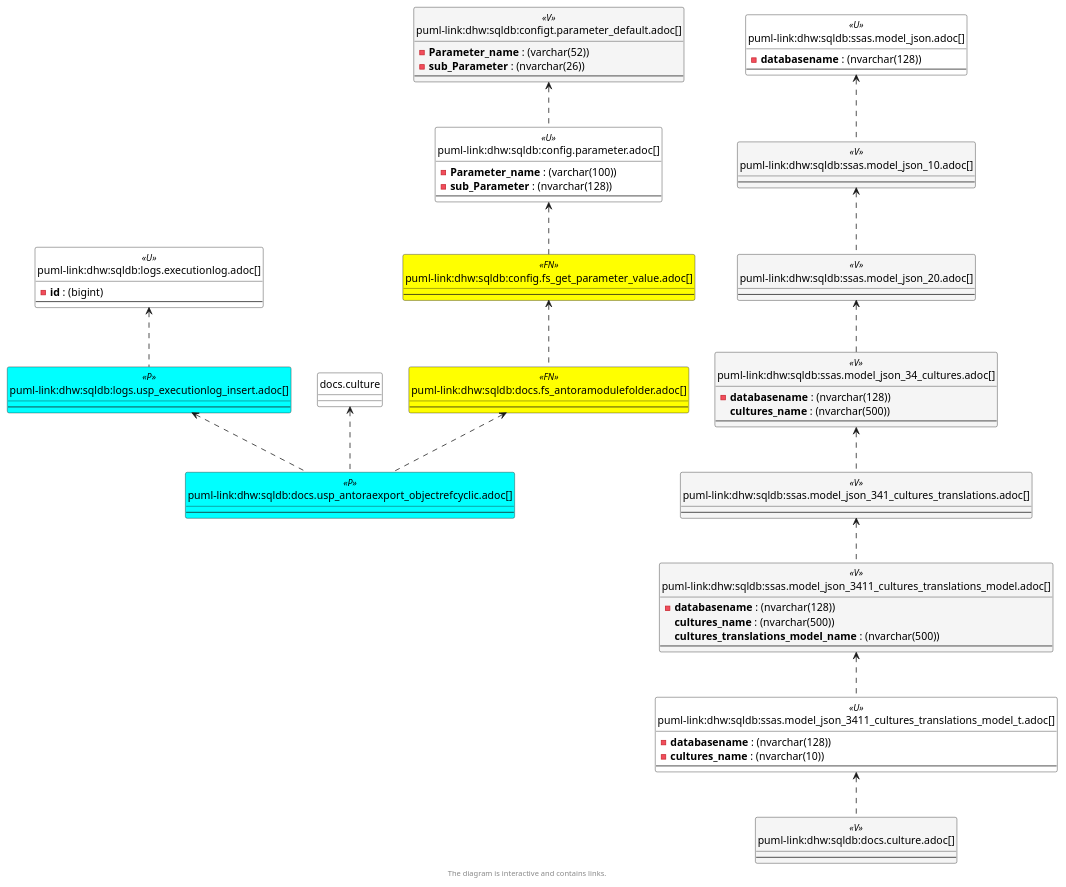
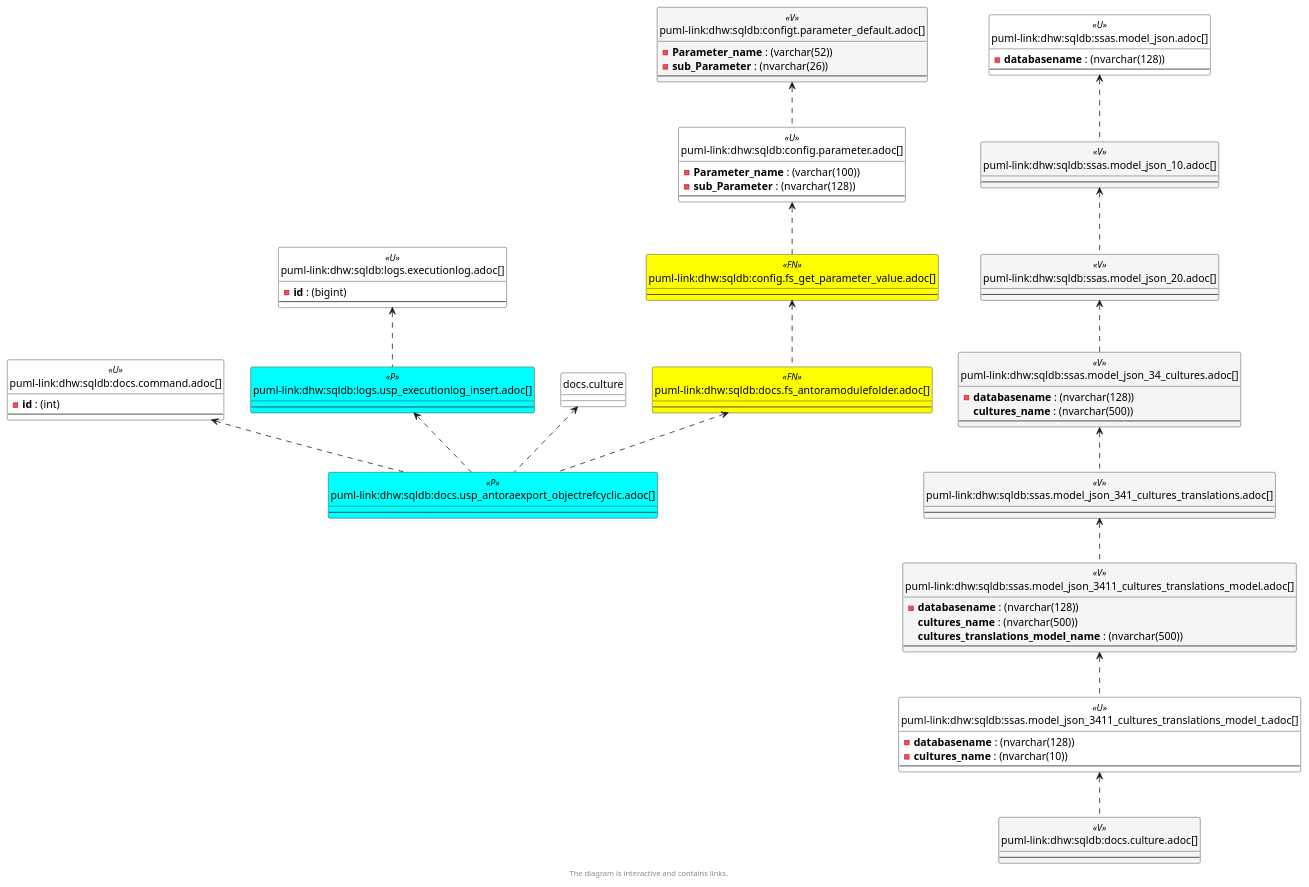
One commit to DataHandwerk/dhw-antora-sqldb changed the fourth of 6 diagrams in docs/modules/sqldb/partials/content/docs.usp_antoraexport_objectrefcyclic.adoc. Above: the diagram before and after it, drawn with PlantUML. The commit also changed other lines of this file and 701 other files, not shown here.

```diff
--- a/docs/modules/sqldb/partials/content/docs.usp_antoraexport_objectrefcyclic.adoc
+++ b/docs/modules/sqldb/partials/content/docs.usp_antoraexport_objectrefcyclic.adoc
@@ -753,6 +769,11 @@
 entity "puml-link:dhw:sqldb:configt.parameter_default.adoc[]" as configT.Parameter_default << V >> {
   - **Parameter_name** : (varchar(52))
   - **sub_Parameter** : (nvarchar(26))
+  --
+}
+
+entity "puml-link:dhw:sqldb:docs.command.adoc[]" as docs.command << U >> {
+  - **id** : (int)
   --
 }
 
@@ -816,6 +837,7 @@
 config.fs_get_parameter_value <.. docs.fs_AntoraModuleFolder
 config.Parameter <.. config.fs_get_parameter_value
 configT.Parameter_default <.. config.Parameter
+docs.command <.. docs.usp_AntoraExport_ObjectRefCyclic
 docs.culture <.. docs.usp_AntoraExport_ObjectRefCyclic
 docs.fs_AntoraModuleFolder <.. docs.usp_AntoraExport_ObjectRefCyclic
 logs.ExecutionLog <.. logs.usp_ExecutionLog_insert
```
